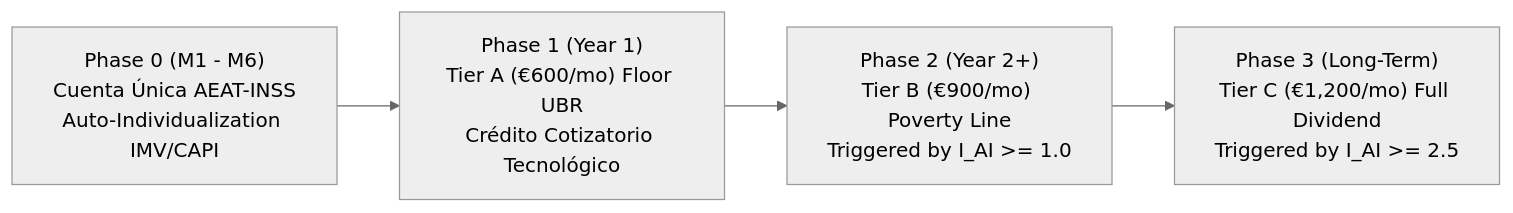
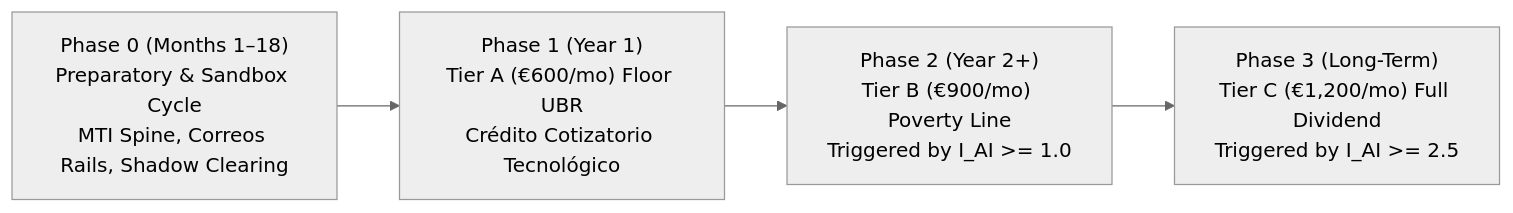
The third of 4 diagrams in paper/ch08-political-economy-transition-governance.md (jbernax/renta-basica-universal-ubr), drawn with Mermaid (neutral theme) before and after one commit. The commit also changed other lines of this file and 49 other files, not shown here.

````diff
--- a/paper/ch08-political-economy-transition-governance.md
+++ b/paper/ch08-political-economy-transition-governance.md
@@ -82,9 +84,9 @@
 ```mermaid
 flowchart LR
-    P0["Phase 0 (M1 - M6)<br/>Cuenta Única AEAT-INSS<br/>Auto-Individualization IMV/CAPI"]
+    P0["Phase 0 (Months 1–18)<br/>Preparatory & Sandbox Cycle<br/>MTI Spine, Correos Rails, Shadow Clearing"]
     P1["Phase 1 (Year 1)<br/>Tier A (€600/mo) Floor UBR<br/>Crédito Cotizatorio Tecnológico"]
     P2["Phase 2 (Year 2+)<br/>Tier B (€900/mo) Poverty Line<br/>Triggered by I_AI >= 1.0"]
     P3["Phase 3 (Long-Term)<br/>Tier C (€1,200/mo) Full Dividend<br/>Triggered by I_AI >= 2.5"]
 
     P0 --> P1 --> P2 --> P3
 ```
````
